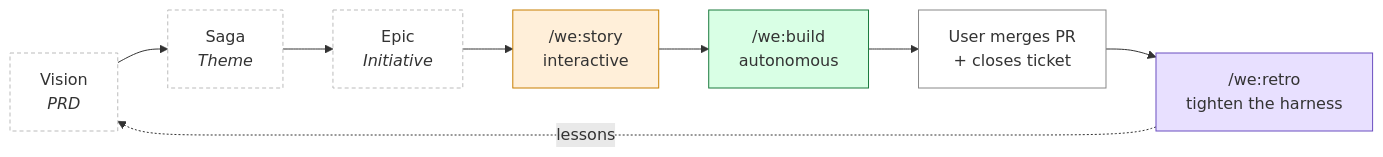
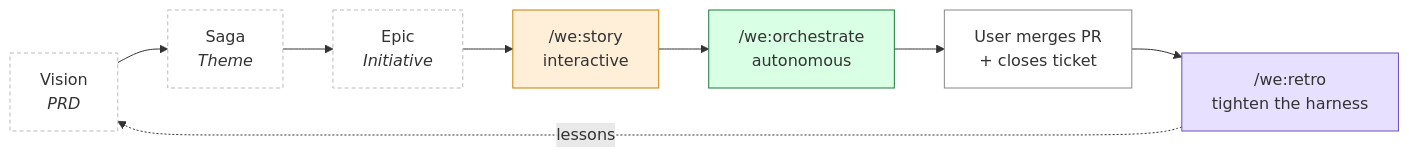
Before and after one commit to weside-ai/claude-code-plugin: the first of 4 diagrams in docs/workflow.md, drawn with Mermaid. The commit also changed other lines of this file and 38 other files, not shown here.

````diff
--- a/docs/workflow.md
+++ b/docs/workflow.md
@@ -11,18 +11,18 @@
 ```mermaid
 flowchart LR
     V["Vision<br/><i>PRD</i>"] --> S["Saga<br/><i>Theme</i>"]
     S --> E["Epic<br/><i>Initiative</i>"]
     E --> ST["/we:story<br/>interactive"]
-    ST --> B["/we:build<br/>autonomous"]
+    ST --> B["/we:orchestrate<br/>autonomous"]
     B --> M[User merges PR<br/>+ closes ticket]
     M --> R["/we:retro<br/>tighten the harness"]
     R -.lessons.-> V
 
     style V fill:#fff,stroke:#bbb,stroke-dasharray:4 3
     style S fill:#fff,stroke:#bbb,stroke-dasharray:4 3
     style E fill:#fff,stroke:#bbb,stroke-dasharray:4 3
     style ST fill:#ffefd9,stroke:#c87f00
     style B fill:#d9ffe5,stroke:#1a7a3c
     style M fill:#fff,stroke:#888
     style R fill:#e8e0ff,stroke:#6a4ec0
 ```
````
